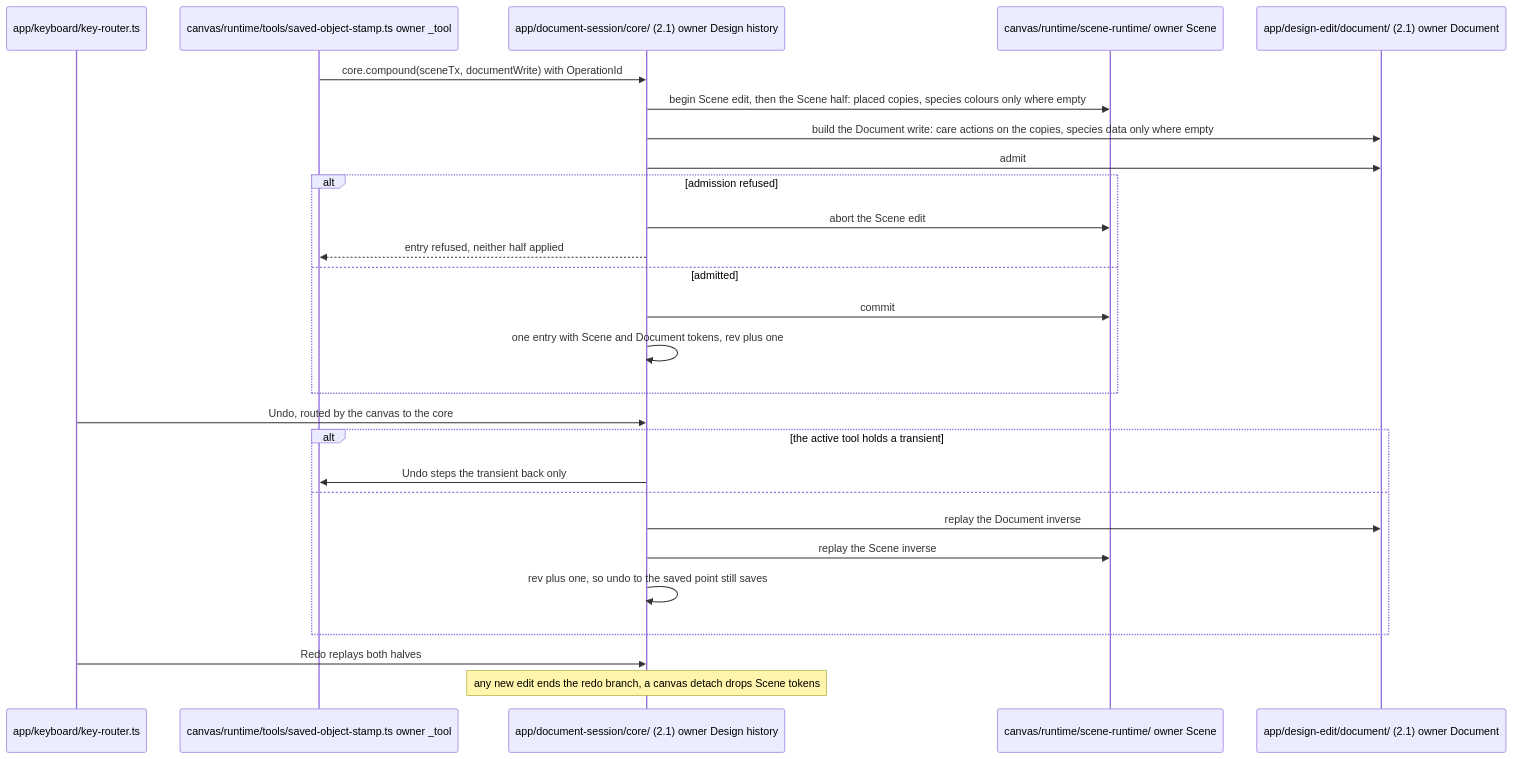
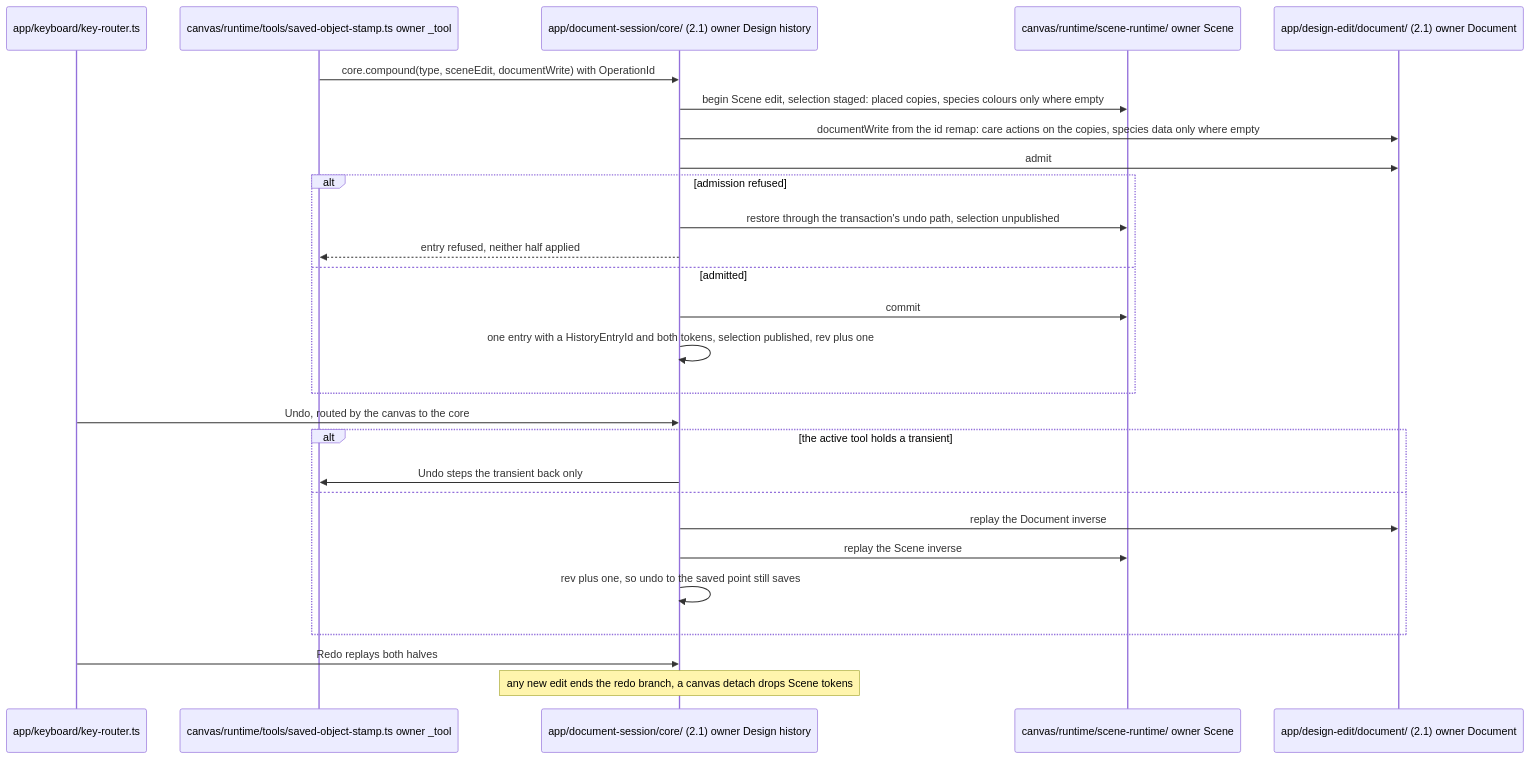
Before and after one commit to opencanopi/canopi: the fourth of 6 diagrams in docs/architecture/flows-document.md, drawn with Mermaid. The commit also changed other lines of this file and 27 other files, not shown here.

Commit message:
docs: state the prototype outcomes in the architecture model and link it from AGENTS.md

````diff
--- a/docs/architecture/flows-document.md
+++ b/docs/architecture/flows-document.md
@@ -137,29 +139,29 @@
 ```mermaid
 sequenceDiagram
   participant Key as app/keyboard/key-router.ts
   participant Tool as canvas/runtime/tools/saved-object-stamp.ts owner _tool
   participant Core as app/document-session/core/ (2.1) owner Design history
   participant Scene as canvas/runtime/scene-runtime/ owner Scene
   participant Doc as app/design-edit/document/ (2.1) owner Document
-  Tool->>Core: core.compound(sceneTx, documentWrite) with OperationId
-  Core->>Scene: begin Scene edit, then the Scene half: placed copies, species colours only where empty
-  Core->>Doc: build the Document write: care actions on the copies, species data only where empty
+  Tool->>Core: core.compound(type, sceneEdit, documentWrite) with OperationId
+  Core->>Scene: begin Scene edit, selection staged: placed copies, species colours only where empty
+  Core->>Doc: documentWrite from the id remap: care actions on the copies, species data only where empty
   Core->>Doc: admit
   alt admission refused
-    Core->>Scene: abort the Scene edit
+    Core->>Scene: restore through the transaction's undo path, selection unpublished
     Core-->>Tool: entry refused, neither half applied
   else admitted
     Core->>Scene: commit
-    Core->>Core: one entry with Scene and Document tokens, rev plus one
+    Core->>Core: one entry with a HistoryEntryId and both tokens, selection published, rev plus one
   end
   Key->>Core: Undo, routed by the canvas to the core
   alt the active tool holds a transient
     Core->>Tool: Undo steps the transient back only
   else
     Core->>Doc: replay the Document inverse
     Core->>Scene: replay the Scene inverse
     Core->>Core: rev plus one, so undo to the saved point still saves
   end
   Key->>Core: Redo replays both halves
   Note over Core: any new edit ends the redo branch, a canvas detach drops Scene tokens
 ```
````
